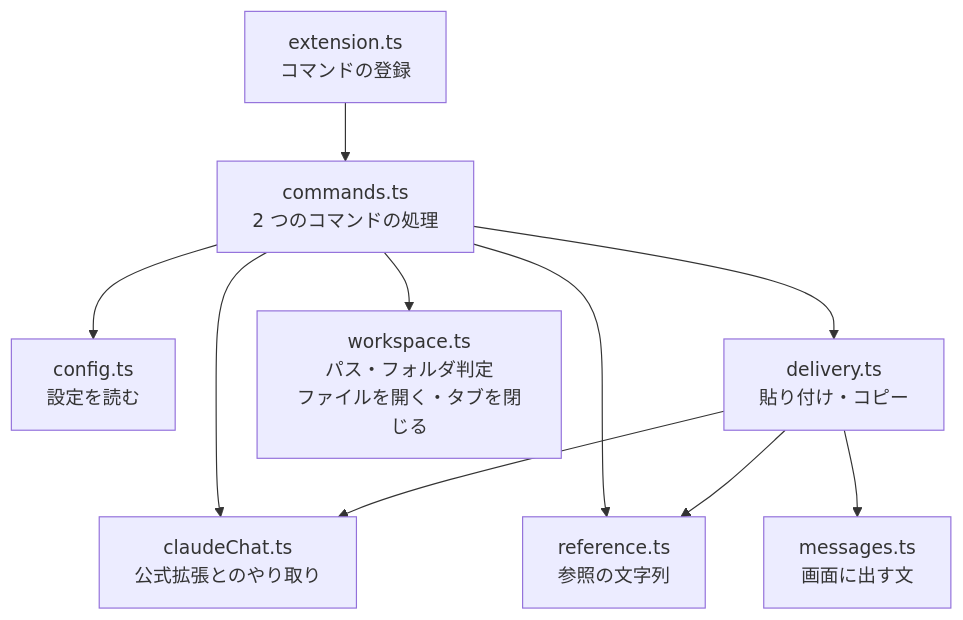
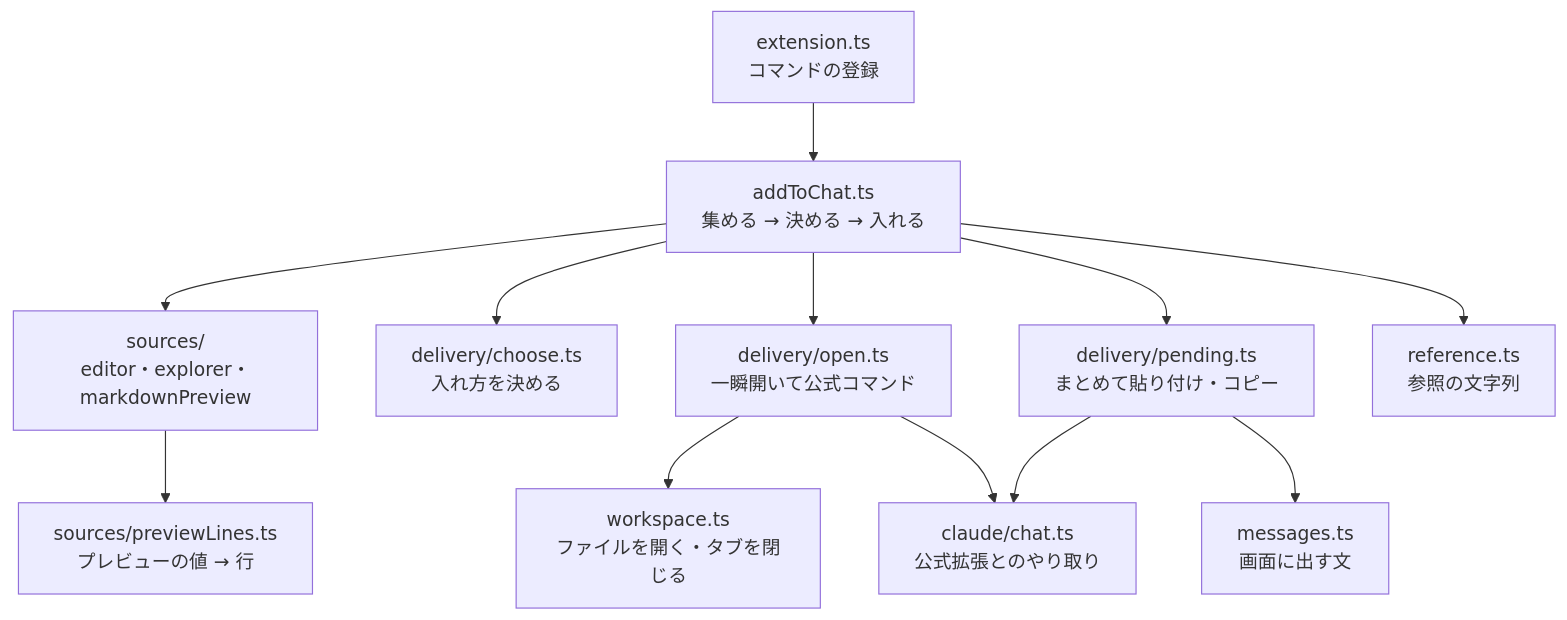
Before and after one commit to kip2/refs-to-chat: the second of 3 diagrams in docs/ARCHITECTURE.md, drawn with Mermaid. The commit also changed other lines of this file and 34 other files, not shown here.

First line of the commit message:
feat: add references from the Markdown preview

````diff
--- a/docs/ARCHITECTURE.md
+++ b/docs/ARCHITECTURE.md
@@ -90,12 +104,14 @@
 ```mermaid
 flowchart TD
-  EXT["extension.ts<br/>コマンドの登録"] --> CMD["commands.ts<br/>2 つのコマンドの処理"]
-  CMD --> CFG["config.ts<br/>設定を読む"]
-  CMD --> CHAT["claudeChat.ts<br/>公式拡張とのやり取り"]
-  CMD --> DL["delivery.ts<br/>貼り付け・コピー"]
-  CMD --> WS["workspace.ts<br/>パス・フォルダ判定<br/>ファイルを開く・タブを閉じる"]
-  CMD --> REF["reference.ts<br/>参照の文字列"]
+  EXT["extension.ts<br/>コマンドの登録"] --> ADD["addToChat.ts<br/>集める → 決める → 入れる"]
+  ADD --> SRC["sources/<br/>editor・explorer・markdownPreview"]
+  SRC --> PL["sources/previewLines.ts<br/>プレビューの値 → 行"]
+  ADD --> CH["delivery/choose.ts<br/>入れ方を決める"]
+  ADD --> OPEN["delivery/open.ts<br/>一瞬開いて公式コマンド"]
+  ADD --> DL["delivery/pending.ts<br/>まとめて貼り付け・コピー"]
+  OPEN --> WS["workspace.ts<br/>ファイルを開く・タブを閉じる"]
+  OPEN --> CHAT["claude/chat.ts<br/>公式拡張とのやり取り"]
   DL --> CHAT
-  DL --> REF
+  ADD --> REF["reference.ts<br/>参照の文字列"]
   DL --> MSG["messages.ts<br/>画面に出す文"]
 ```
````
